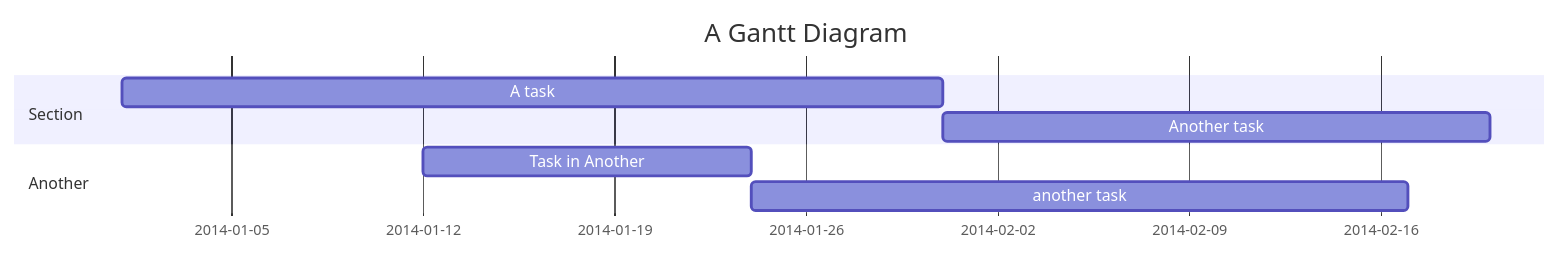
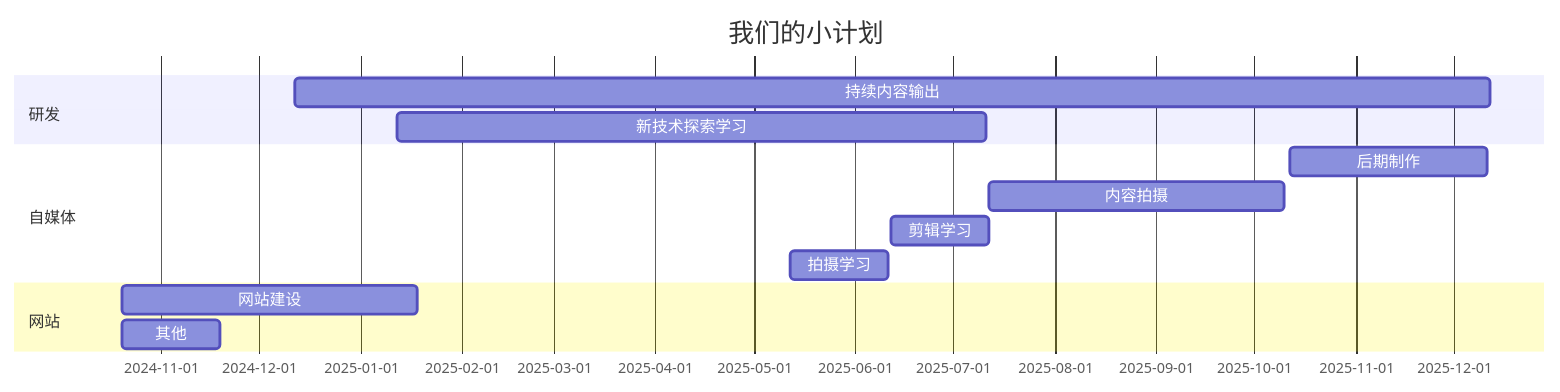
One commit to C-L-STARK/C-L-STARK.github.io changed the diagram in docs/index.md. Above: the diagram before and after it, drawn with Mermaid. The commit also changed other lines of this file and 178 other files, not shown here.

````diff
--- a/docs/index.md
+++ b/docs/index.md
@@ -181,11 +172,16 @@
 ```mermaid
 gantt
-    title A Gantt Diagram
+    title 我们的小计划
     dateFormat YYYY-MM-DD
-    section Section
-        A task          :a1, 2014-01-01, 30d
-        Another task    :after a1, 20d
-    section Another
-        Task in Another :2014-01-12, 12d
-        another task    :24d
+    section 研发
+        持续内容输出          :a1, 2024-12-12, 365d
+        新技术探索学习         :a2, 2025-01-12, 180d
+    section 自媒体
+        后期制作 :2025-10-12, 60d
+        内容拍摄 :2025-07-12, 90d
+        剪辑学习 :2025-06-12, 30d
+        拍摄学习 :2025-05-12, 30d
+    section 网站
+        网站建设 :2024-10-20, 90d
+        其他    :2024-10-20, 30d
 ```
````
